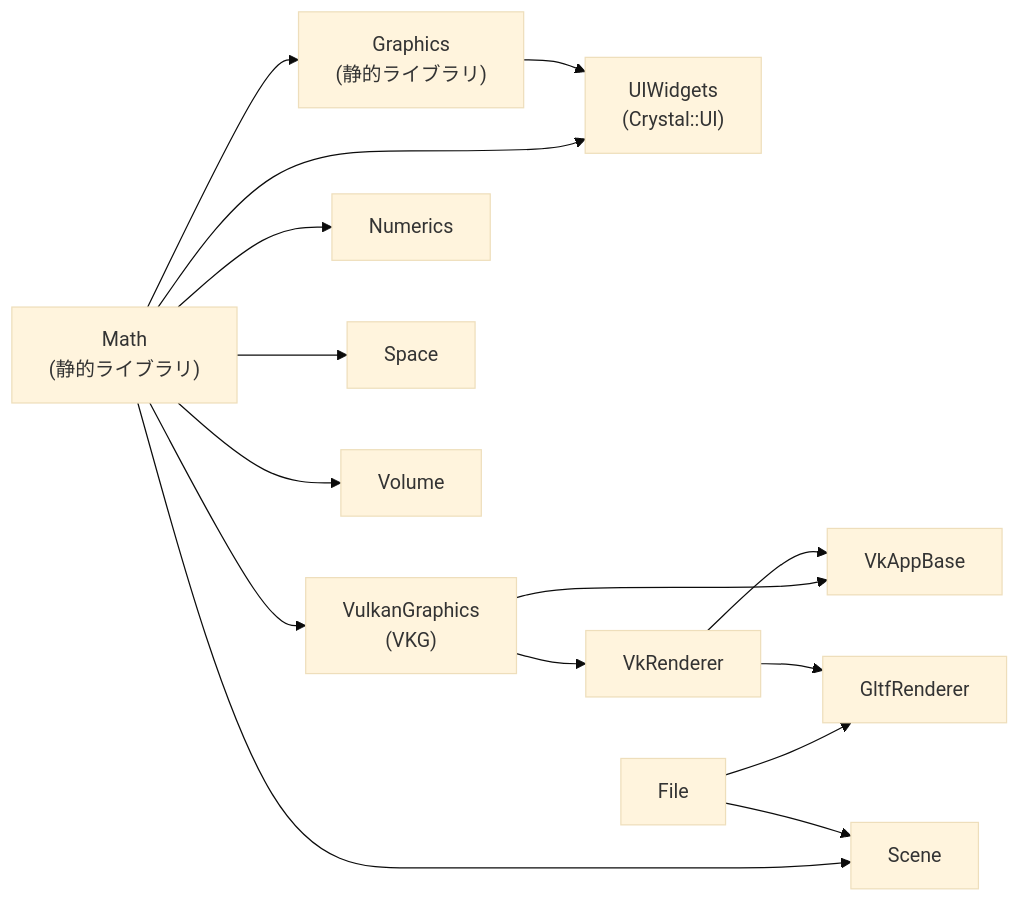
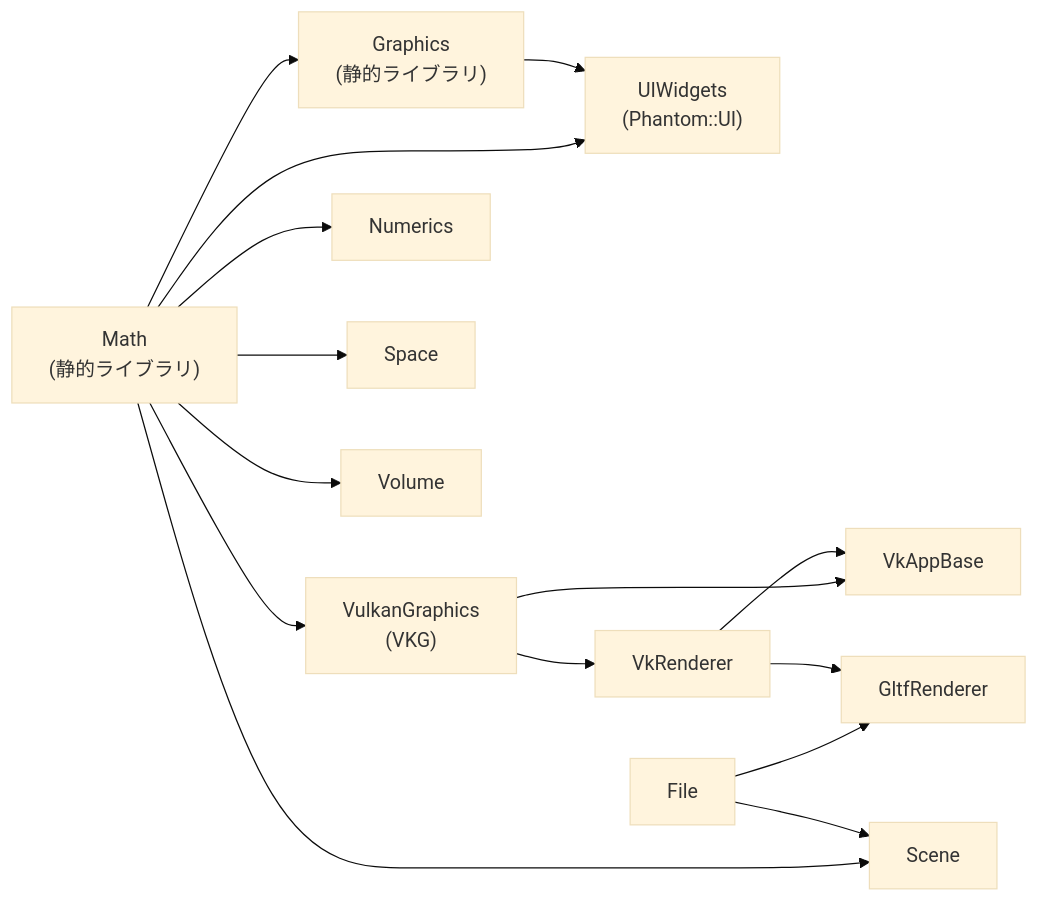
One commit to PhantomGraphics/CGLib changed the first of 2 diagrams in README.md. Above: the diagram before and after it, drawn with Mermaid (base theme). The commit also changed other lines of this file and 29 other files, not shown here.

````diff
--- a/README.md
+++ b/README.md
@@ -16,30 +16,30 @@
 ```mermaid
 flowchart LR
     Math["Math\n(静的ライブラリ)"]
     Graphics["Graphics\n(静的ライブラリ)"]
     VulkanGraphics["VulkanGraphics\n(VKG)"]
-    UIWidgets["UIWidgets\n(Crystal::UI)"]
+    UIWidgets["UIWidgets\n(Phantom::UI)"]
     Numerics
     File
     Space
     Volume
     Scene
     VkRenderer
     VkAppBase
     GltfRenderer
 
     Math --> Graphics
     Math --> VulkanGraphics
     Math --> UIWidgets
     Graphics --> UIWidgets
     Math --> Numerics
     Math --> Space
     Math --> Volume
     Math --> Scene
     VulkanGraphics --> VkRenderer
     VulkanGraphics --> VkAppBase
     File --> Scene
     VkRenderer --> VkAppBase
     File --> GltfRenderer
     VkRenderer --> GltfRenderer
 ```
````
